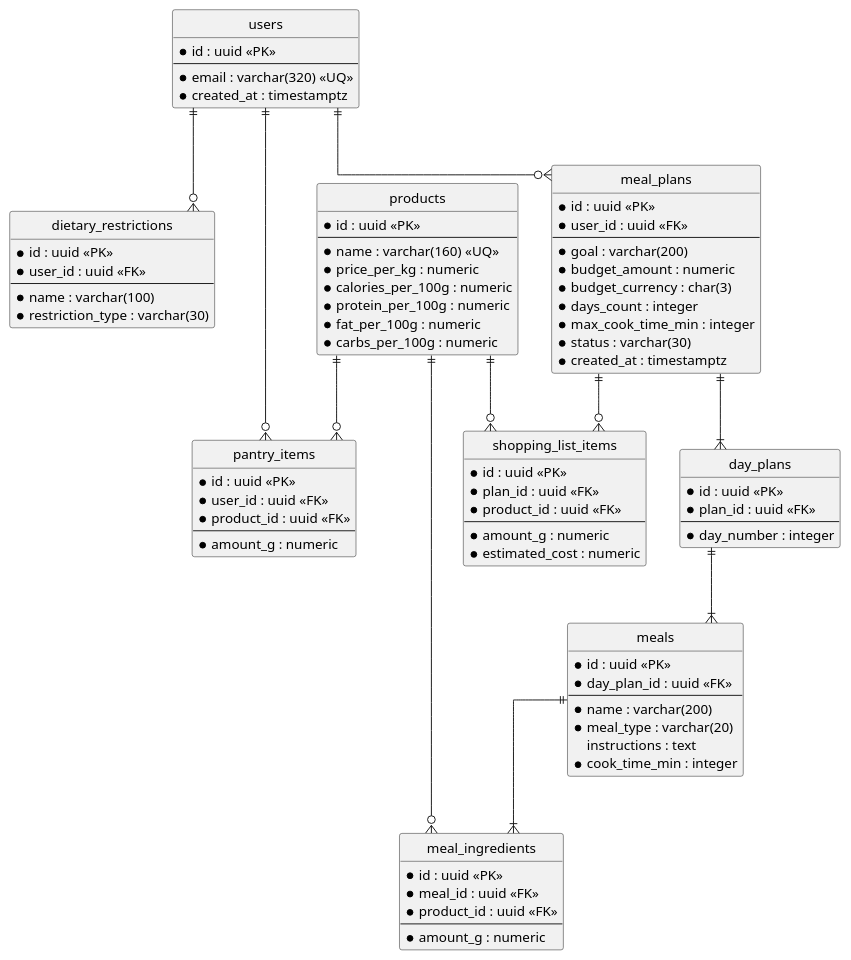
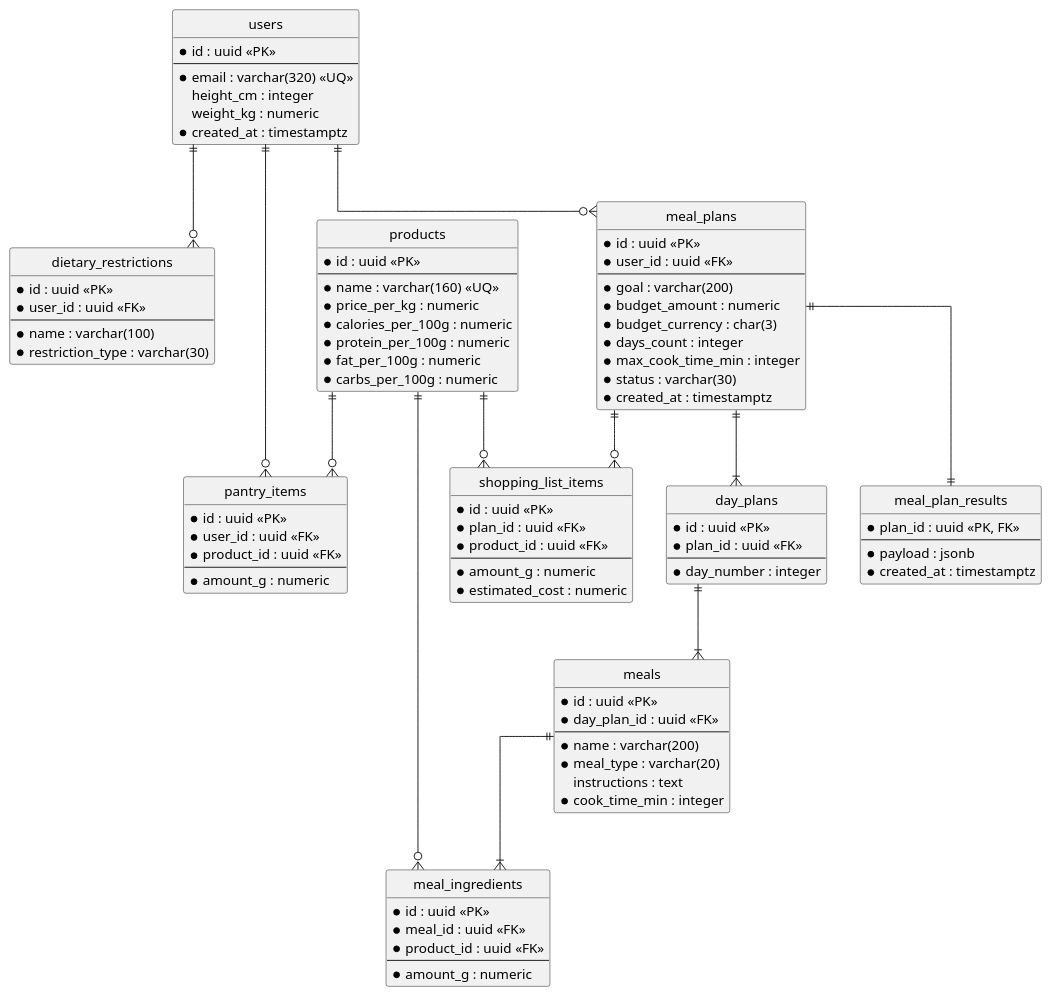
The diagram in docs/data/erd.puml (vstu-sii/proekt-planirovschik-pitaniya-dna6), drawn with PlantUML before and after one commit. The commit also changed 38 other files, not shown here.

```diff
--- a/docs/data/erd.puml
+++ b/docs/data/erd.puml
@@ -1,100 +1,110 @@
 @startuml MealPlannerERD
 hide circle
 skinparam linetype ortho
 skinparam entity {
   BackgroundColor #F7F5EF
   BorderColor #246B45
 }
 
 entity users {
   * id : uuid <<PK>>
   --
   * email : varchar(320) <<UQ>>
+  height_cm : integer
+  weight_kg : numeric
   * created_at : timestamptz
 }
 
 entity dietary_restrictions {
   * id : uuid <<PK>>
   * user_id : uuid <<FK>>
   --
   * name : varchar(100)
   * restriction_type : varchar(30)
 }
 
 entity products {
   * id : uuid <<PK>>
   --
   * name : varchar(160) <<UQ>>
   * price_per_kg : numeric
   * calories_per_100g : numeric
   * protein_per_100g : numeric
   * fat_per_100g : numeric
   * carbs_per_100g : numeric
 }
 
 entity pantry_items {
   * id : uuid <<PK>>
   * user_id : uuid <<FK>>
   * product_id : uuid <<FK>>
   --
   * amount_g : numeric
 }
 
 entity meal_plans {
   * id : uuid <<PK>>
   * user_id : uuid <<FK>>
   --
   * goal : varchar(200)
   * budget_amount : numeric
   * budget_currency : char(3)
   * days_count : integer
   * max_cook_time_min : integer
   * status : varchar(30)
   * created_at : timestamptz
 }
 
 entity day_plans {
   * id : uuid <<PK>>
   * plan_id : uuid <<FK>>
   --
   * day_number : integer
 }
 
 entity meals {
   * id : uuid <<PK>>
   * day_plan_id : uuid <<FK>>
   --
   * name : varchar(200)
   * meal_type : varchar(20)
   instructions : text
   * cook_time_min : integer
 }
 
 entity meal_ingredients {
   * id : uuid <<PK>>
   * meal_id : uuid <<FK>>
   * product_id : uuid <<FK>>
   --
   * amount_g : numeric
 }
 
 entity shopping_list_items {
   * id : uuid <<PK>>
   * plan_id : uuid <<FK>>
   * product_id : uuid <<FK>>
   --
   * amount_g : numeric
   * estimated_cost : numeric
 }
 
+entity meal_plan_results {
+  * plan_id : uuid <<PK, FK>>
+  --
+  * payload : jsonb
+  * created_at : timestamptz
+}
+
 users ||--o{ dietary_restrictions
 users ||--o{ pantry_items
 users ||--o{ meal_plans
 products ||--o{ pantry_items
 meal_plans ||--|{ day_plans
 day_plans ||--|{ meals
 meals ||--|{ meal_ingredients
 products ||--o{ meal_ingredients
 meal_plans ||--o{ shopping_list_items
+meal_plans ||--|| meal_plan_results
 products ||--o{ shopping_list_items
 @enduml
```
